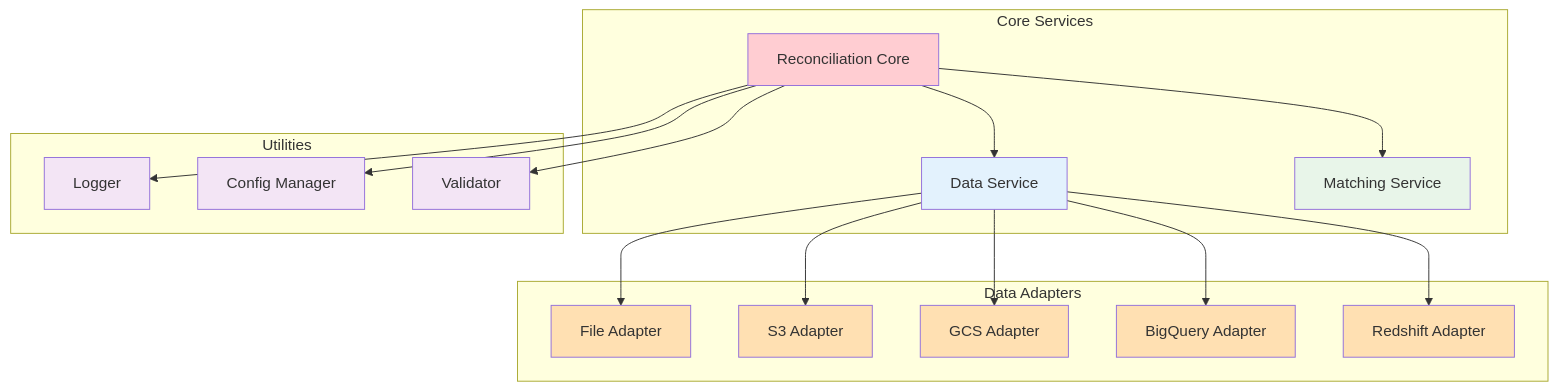
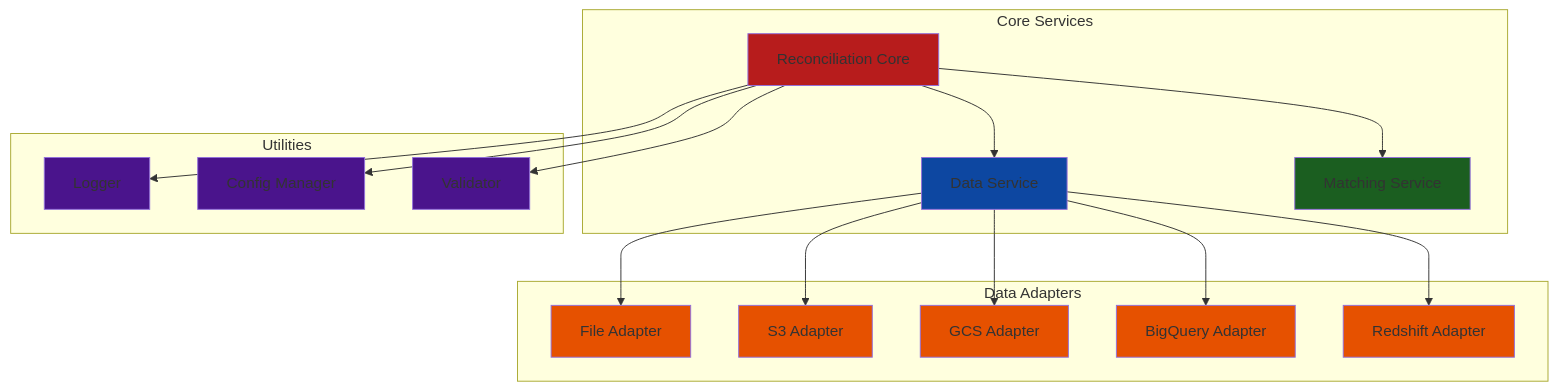
One commit to tomshannon1/reconciliation-engine changed the third of 3 diagrams in README.MD. Above: the diagram before and after it, drawn with Mermaid. The commit also changed other lines of this file, not shown here.

Commit message:
mermaid colors

````diff
--- a/README.MD
+++ b/README.MD
@@ -126,45 +126,45 @@
 ```mermaid
 graph TB
     subgraph "Core Services"
         RC[Reconciliation Core]
         DS[Data Service]
         MS[Matching Service]
     end
 
     subgraph "Data Adapters"
         FA[File Adapter]
         SA[S3 Adapter]
         GA[GCS Adapter]
         BA[BigQuery Adapter]
         RA[Redshift Adapter]
     end
 
     subgraph "Utilities"
         Logger
         Config[Config Manager]
         Valid[Validator]
     end
 
     RC --> DS
     RC --> MS
     DS --> FA
     DS --> SA
     DS --> GA
     DS --> BA
     DS --> RA
     RC --> Logger
     RC --> Config
     RC --> Valid
 
-    style RC fill:#FFCDD2
-    style DS fill:#E3F2FD
-    style MS fill:#E8F5E9
-    style FA fill:#FFE0B2
-    style SA fill:#FFE0B2
-    style GA fill:#FFE0B2
-    style BA fill:#FFE0B2
-    style RA fill:#FFE0B2
-    style Logger fill:#F3E5F5
-    style Config fill:#F3E5F5
-    style Valid fill:#F3E5F5
+    style RC fill:#B71C1C
+    style DS fill:#0D47A1
+    style MS fill:#1B5E20
+    style FA fill:#E65100
+    style SA fill:#E65100
+    style GA fill:#E65100
+    style BA fill:#E65100
+    style RA fill:#E65100
+    style Logger fill:#4A148C
+    style Config fill:#4A148C
+    style Valid fill:#4A148C
 ```
````
